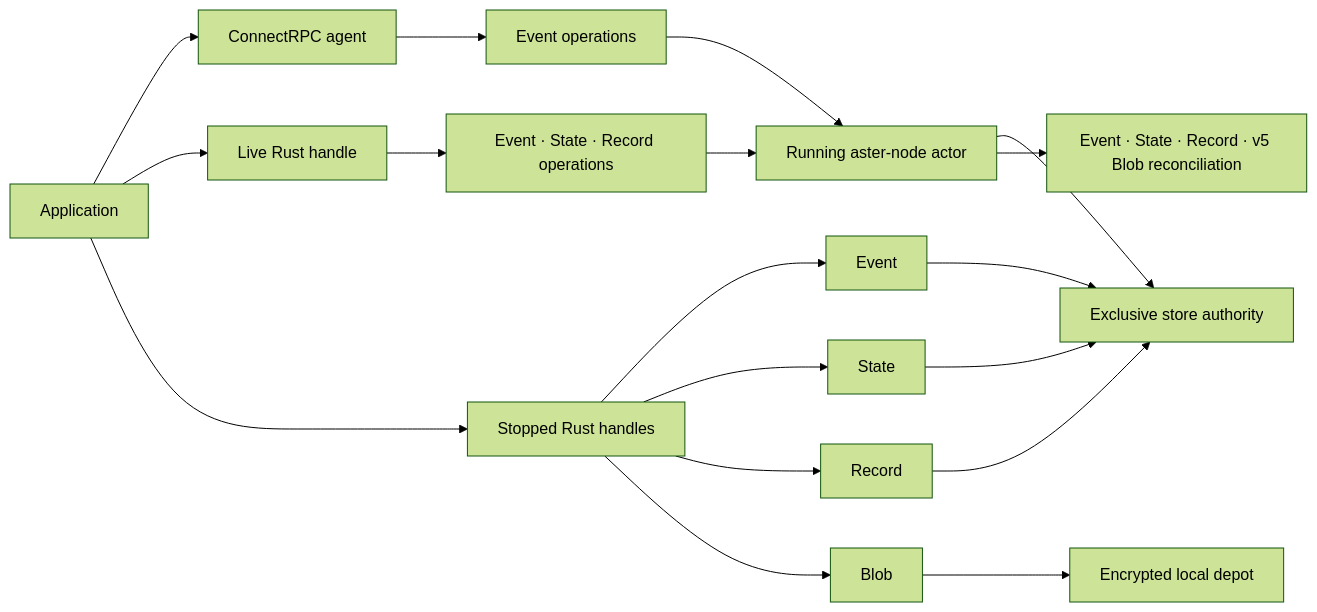
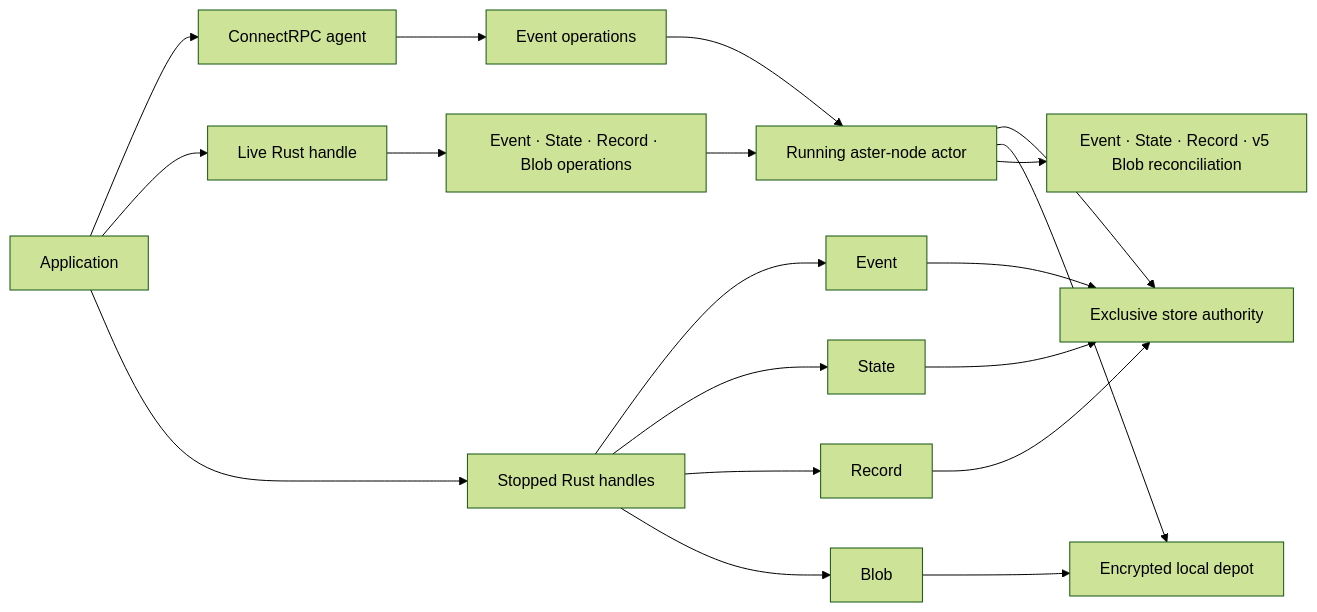
The first of 8 diagrams in docs/architecture.md (asirak-astertech/aster), drawn with Mermaid (forest theme) before and after one commit. The commit also changed other lines of this file and 34 other files, not shown here.

First line of the commit message:
Add bounded selected live Blob application pipeline (#46)

````diff
--- a/docs/architecture.md
+++ b/docs/architecture.md
@@ -24,20 +24,21 @@
 ```mermaid
 flowchart LR
     App["Application"] --> Connect["ConnectRPC agent"]
     App --> LiveRust["Live Rust handle"]
     App --> StoppedRust["Stopped Rust handles"]
     Connect --> LiveEvent["Event operations"]
-    LiveRust --> LiveOps["Event · State · Record operations"]
+    LiveRust --> LiveOps["Event · State · Record · Blob operations"]
     LiveEvent --> Actor["Running aster-node actor"]
     LiveOps --> Actor
     StoppedRust --> Event["Event"]
     StoppedRust --> State["State"]
     StoppedRust --> Record["Record"]
     StoppedRust --> Blob["Blob"]
     Actor --> Exclusive["Exclusive store authority"]
     Event --> Exclusive
     State --> Exclusive
     Record --> Exclusive
     Blob --> Depot["Encrypted local depot"]
+    Actor --> Depot
     Actor --> Network["Event · State · Record · v5 Blob reconciliation"]
 ```
````
